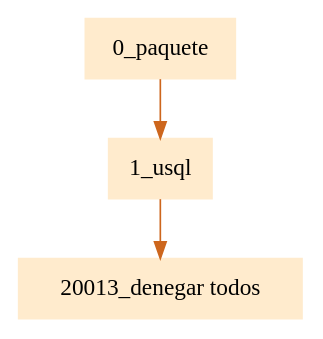
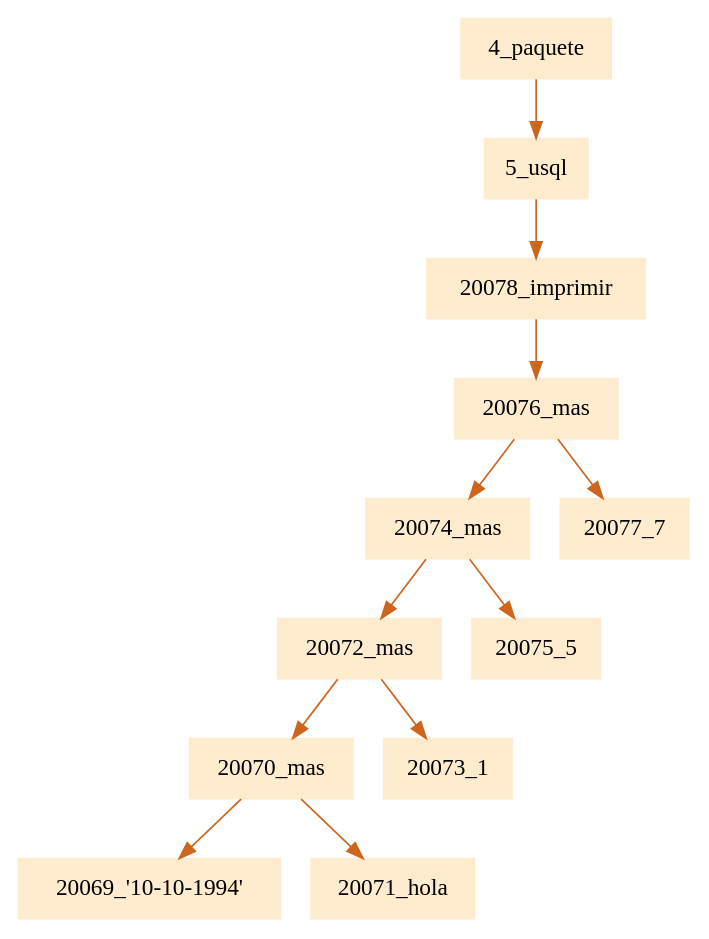
One commit to JamesMelgar/compi2javaccpr1 changed the diagram in pr1Compilarodores2/paquete.dot. Above: the diagram before and after it, drawn with Graphviz. The commit also changed 29 other files, not shown here.

```diff
--- a/pr1Compilarodores2/paquete.dot
+++ b/pr1Compilarodores2/paquete.dot
@@ -1,5 +1,5 @@
 digraph G {node[shape=box, style=filled, color=blanchedalmond]; edge[color=chocolate3];rankdir=UD 
 
-"0_paquete"->"1_usql""1_usql"->"20013_denegar todos"
+"4_paquete"->"5_usql""5_usql"->"20078_imprimir""20078_imprimir"->"20076_mas""20076_mas"->"20074_mas""20074_mas"->"20072_mas""20072_mas"->"20070_mas""20070_mas"->"20069_'10-10-1994'""20070_mas"->"20071_hola""20072_mas"->"20073_1""20074_mas"->"20075_5""20076_mas"->"20077_7"
 
 }
```
